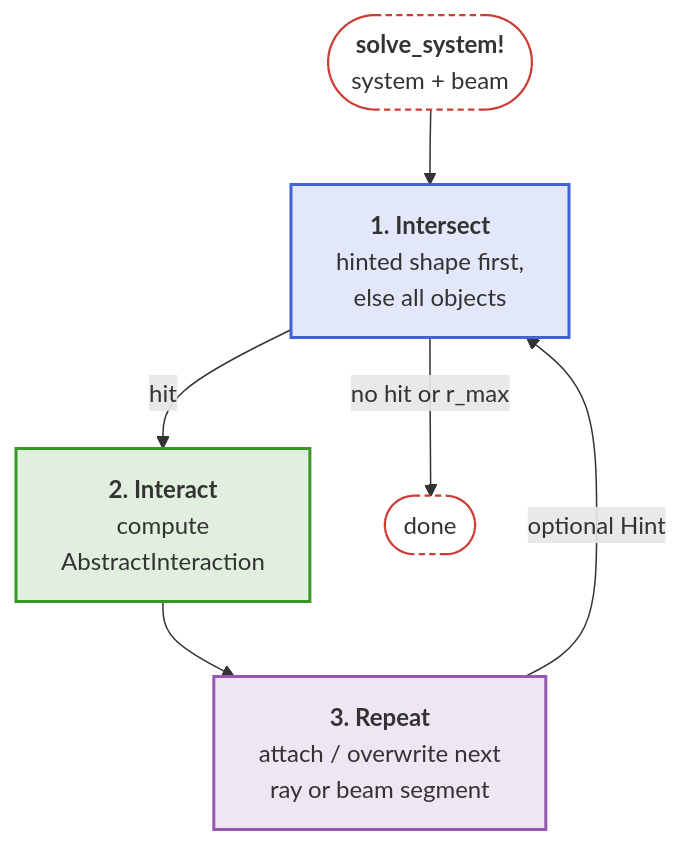
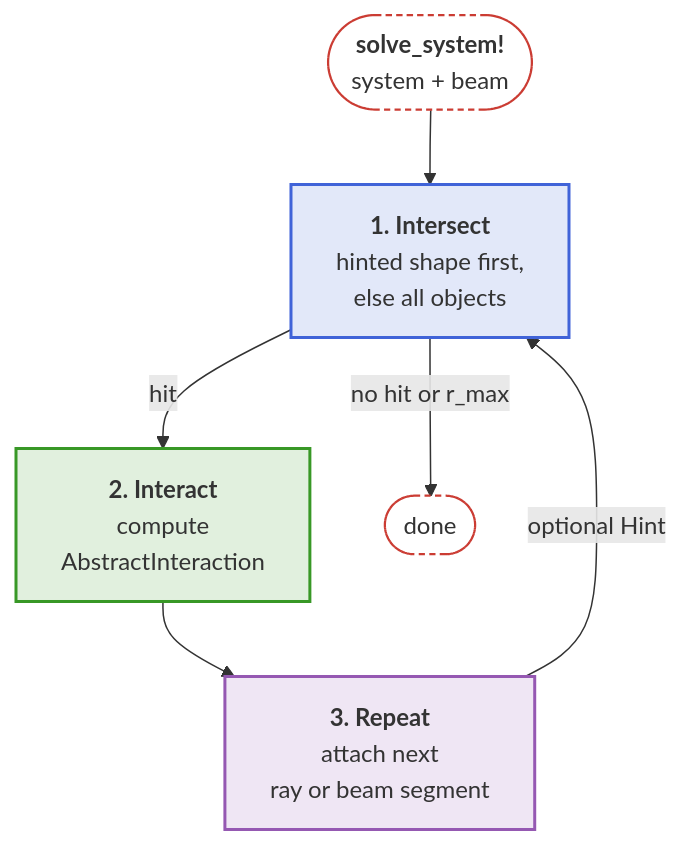
One commit to JuliaPhysics/BeamletOptics.jl changed the diagram in docs/src/api/core.md. Above: the diagram before and after it, drawn with Mermaid. The commit also changed other lines of this file and 37 other files, not shown here.

````diff
--- a/docs/src/api/core.md
+++ b/docs/src/api/core.md
@@ -15,17 +15,17 @@
 ```mermaid
 flowchart TB
     S(["<b>solve_system!</b><br/>system + beam"]) --> I
     I["<b>1. Intersect</b><br/>hinted shape first,<br/>else all objects"] -- hit --> X["<b>2. Interact</b><br/>compute<br/>AbstractInteraction"]
-    X --> R["<b>3. Repeat</b><br/>attach / overwrite next<br/>ray or beam segment"]
+    X --> R["<b>3. Repeat</b><br/>attach next<br/>ray or beam segment"]
     R -- "optional Hint" --> I
     I -- "no hit or r_max" --> E([done])
 
     classDef blue fill:#4063D826,stroke:#4063D8,stroke-width:2px
     classDef green fill:#38982626,stroke:#389826,stroke-width:2px
     classDef purple fill:#9558B226,stroke:#9558B2,stroke-width:2px
     classDef terminal fill:transparent,stroke:#CB3C33,stroke-width:1.5px,stroke-dasharray:4 3
     class I blue
     class X green
     class R purple
     class S,E terminal
 ```
````
